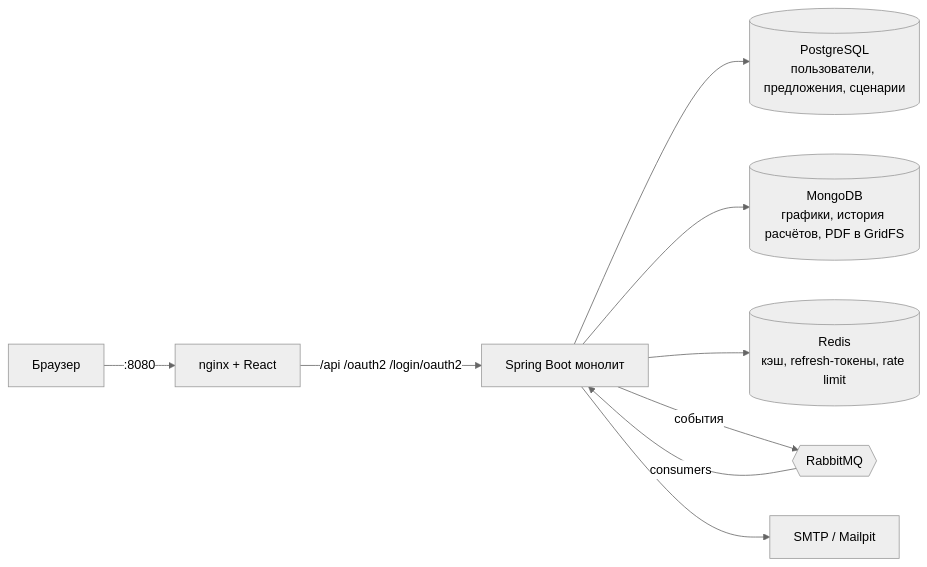
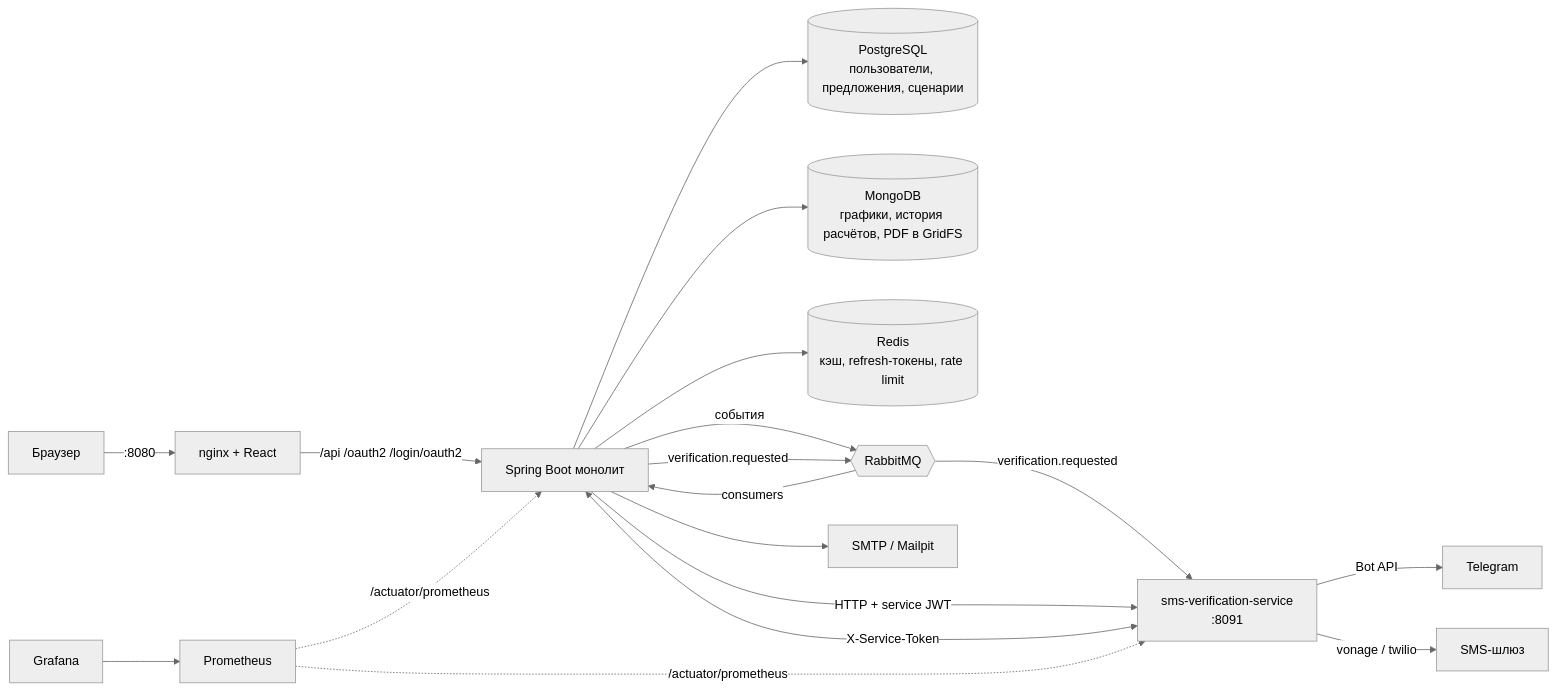
The diagram in README.md (Ratila1/mortgage-planner), drawn with Mermaid (neutral theme) before and after one commit. The commit also changed other lines of this file and 208 other files, not shown here.

````diff
--- a/README.md
+++ b/README.md
@@ -129,11 +155,20 @@
 ```mermaid
 flowchart LR
   U[Браузер] -->|:8080| N[nginx + React]
   N -->|/api /oauth2 /login/oauth2| API[Spring Boot монолит]
   API --> PG[(PostgreSQL<br/>пользователи, предложения, сценарии)]
   API --> MG[(MongoDB<br/>графики, история расчётов, PDF в GridFS)]
   API --> RD[(Redis<br/>кэш, refresh-токены, rate limit)]
   API -->|события| MQ{{RabbitMQ}}
   MQ -->|consumers| API
+  API -->|verification.requested| MQ
+  MQ -->|verification.requested| SMS
   API --> SMTP[SMTP / Mailpit]
+  API -->|HTTP + service JWT| SMS[sms-verification-service<br/>:8091]
+  API <-->|X-Service-Token| SMS
+  SMS -->|Bot API| TG[Telegram]
+  SMS -->|vonage / twilio| GW[SMS-шлюз]
+  PROM[Prometheus] -.->|/actuator/prometheus| API
+  PROM -.->|/actuator/prometheus| SMS
+  GR[Grafana] --> PROM
 ```
````
